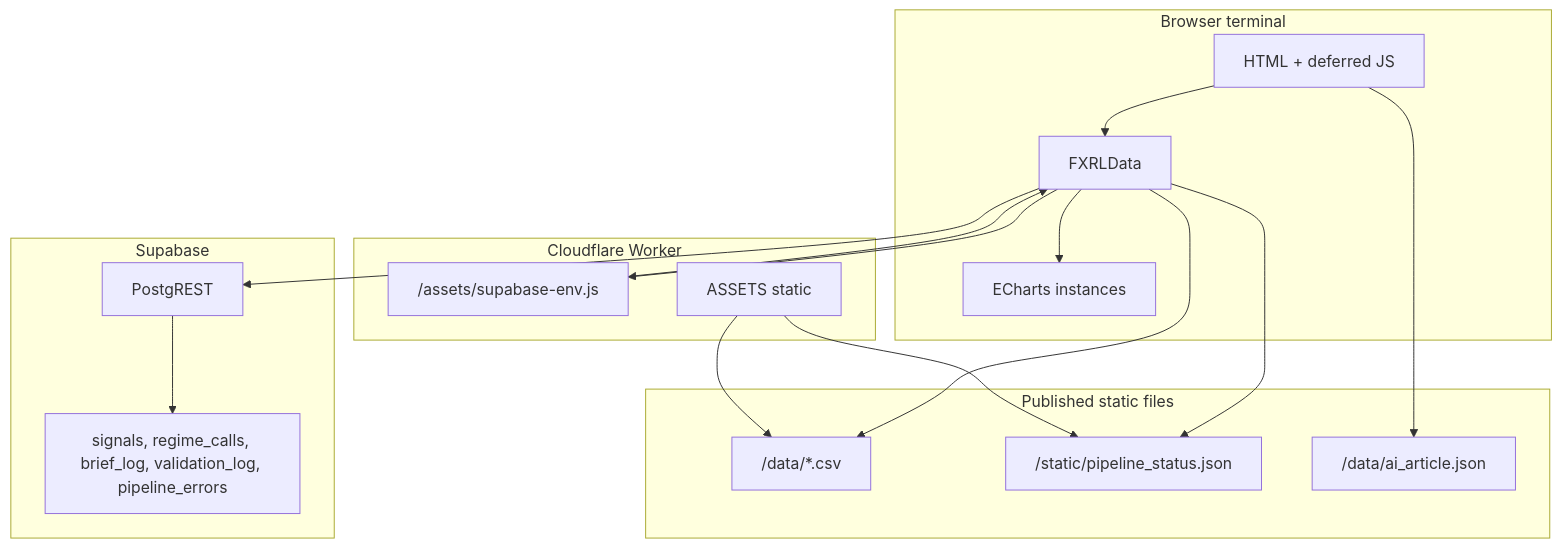
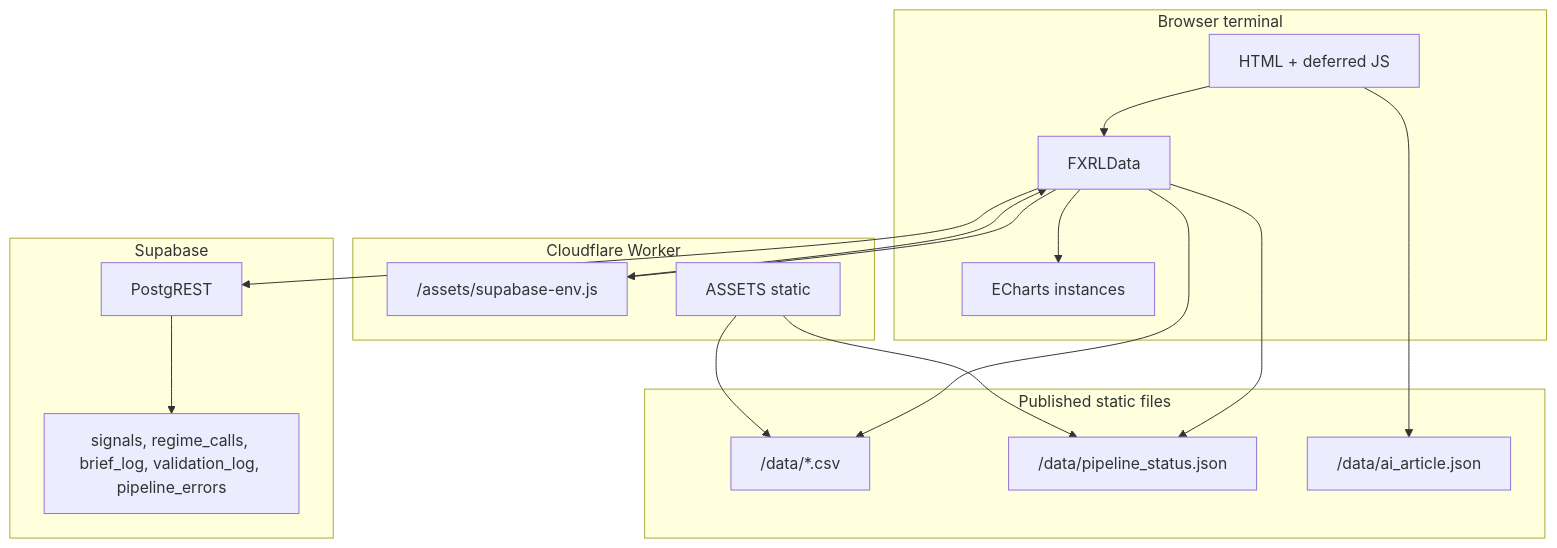
The diagram in docs/TERMINAL_DEEP_REFERENCE.md (fxregimelab/fx-regime-lab), drawn with Mermaid before and after one commit. The commit also changed other lines of this file and 32 other files, not shown here.

First line of the commit message:
Public surface: dashboard/terminal wiring, pipeline status, narrative docs

````diff
--- a/docs/TERMINAL_DEEP_REFERENCE.md
+++ b/docs/TERMINAL_DEEP_REFERENCE.md
@@ -277,32 +277,32 @@
 ```mermaid
 flowchart TB
   subgraph browser [Browser terminal]
     page[HTML + deferred JS]
     fxdata[FXRLData]
     charts[ECharts instances]
   end
   subgraph worker [Cloudflare Worker]
     envjs["/assets/supabase-env.js"]
     assets[ASSETS static]
   end
   subgraph supa [Supabase]
     rest[PostgREST]
     tables["signals, regime_calls, brief_log, validation_log, pipeline_errors"]
   end
   subgraph static [Published static files]
     csv["/data/*.csv"]
-    ps["/static/pipeline_status.json"]
+    ps["/data/pipeline_status.json"]
     ai["/data/ai_article.json"]
   end
   page --> fxdata
   fxdata --> envjs
   envjs --> fxdata
   fxdata --> rest
   rest --> tables
   fxdata --> csv
   fxdata --> ps
   page --> ai
   fxdata --> charts
   assets --> csv
   assets --> ps
 ```
````
